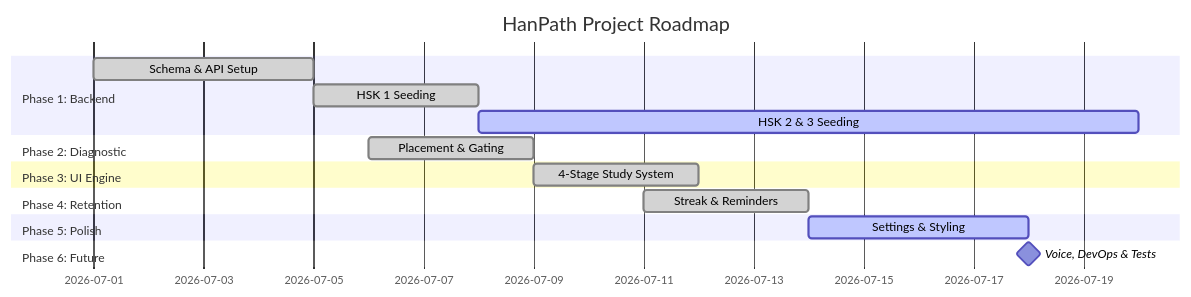
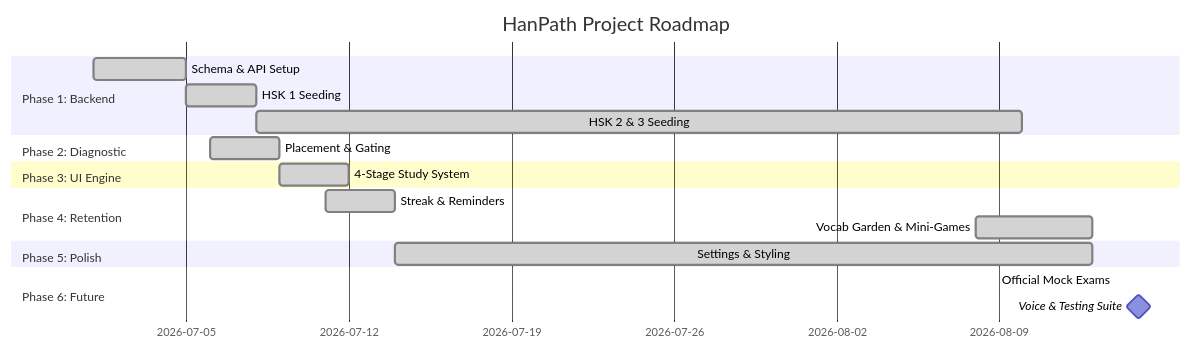
The diagram in IMPLEMENTATION_PROGRESS.md (plangda/chinese_lesson_app), drawn with Mermaid before and after one commit. The commit also changed other lines of this file and 1 other file, not shown here.

Commit message:
docs: update IMPLEMENTATION_PROGRESS.md and daily_dev_log.txt with 175-question official mock exam suite, review mode, and system tests

````diff
--- a/IMPLEMENTATION_PROGRESS.md
+++ b/IMPLEMENTATION_PROGRESS.md
@@ -91,19 +93,21 @@
 ```mermaid
 gantt
     title HanPath Project Roadmap
     dateFormat  YYYY-MM-DD
     section Phase 1: Backend
     Schema & API Setup :done, p1, 2026-07-01, 2026-07-05
     HSK 1 Seeding :done, p2, 2026-07-05, 2026-07-08
-    HSK 2 & 3 Seeding :active, p3, 2026-07-08, 2026-07-20
+    HSK 2 & 3 Seeding :done, p3, 2026-07-08, 2026-08-10
     section Phase 2: Diagnostic
     Placement & Gating :done, p4, 2026-07-06, 2026-07-09
     section Phase 3: UI Engine
     4-Stage Study System :done, p5, 2026-07-09, 2026-07-12
     section Phase 4: Retention
     Streak & Reminders :done, p6, 2026-07-11, 2026-07-14
+    Vocab Garden & Mini-Games :done, p7, 2026-08-08, 2026-08-13
     section Phase 5: Polish
-    Settings & Styling :active, p7, 2026-07-14, 2026-07-18
+    Settings & Styling :done, p8, 2026-07-14, 2026-08-13
     section Phase 6: Future
-    Voice, DevOps & Tests :milestone, p8, 2026-07-18, 0d
+    Official Mock Exams :done, p9, 2026-08-14, 2026-08-14
+    Voice & Testing Suite :milestone, p10, 2026-08-15, 0d
 ```
````
